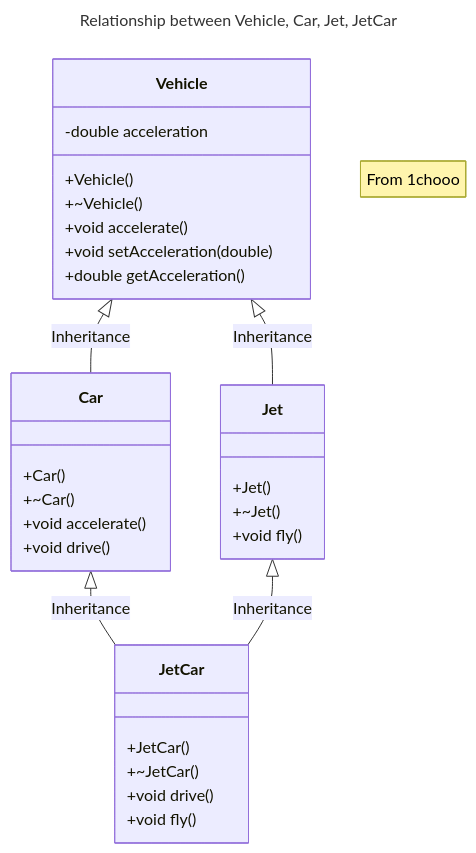
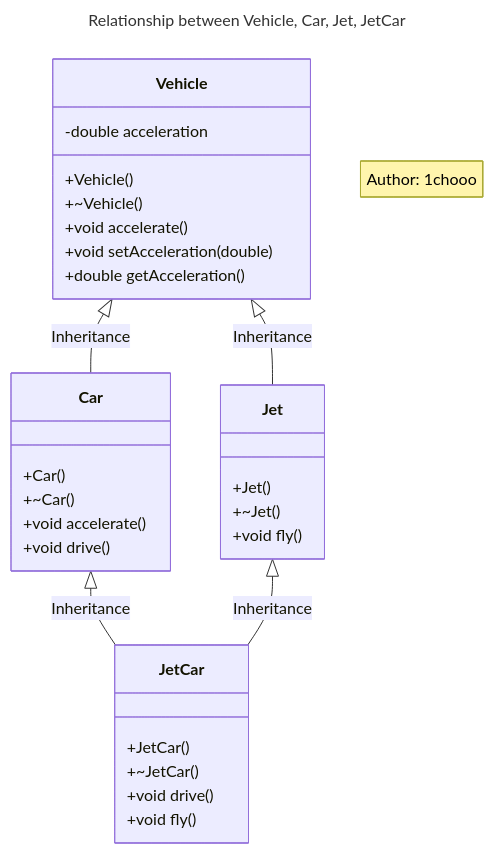
The first of 2 diagrams in materials/04-multiple-inheritance/README.md (1chooo/object-oriented-analysis-and-design-writeups), drawn with Mermaid before and after one commit. The commit also changed other lines of this file, not shown here.

````diff
--- a/materials/04-multiple-inheritance/README.md
+++ b/materials/04-multiple-inheritance/README.md
@@ -335,38 +344,38 @@
 ```mermaid
 ---
 title: Relationship between Vehicle, Car, Jet, JetCar
 ---
 classDiagram
-    note "From 1chooo"
+    note "Author: 1chooo"
     Vehicle <|-- Car: Inheritance
     Vehicle <|-- Jet: Inheritance
     Car <|-- JetCar : Inheritance
     Jet <|-- JetCar : Inheritance
 
     class Vehicle {
         +Vehicle()
         +~Vehicle()
         +void accelerate()
         +void setAcceleration(double)
         +double getAcceleration()
         -double acceleration
     }
     class Car {
         +Car()
         +~Car()
         +void accelerate()
         +void drive()
     }
     class Jet {
         +Jet()
         +~Jet()
         +void fly()
     }
     class JetCar {
         +JetCar()
         +~JetCar()
         +void drive()
         +void fly()
     }
 
 ```
````
